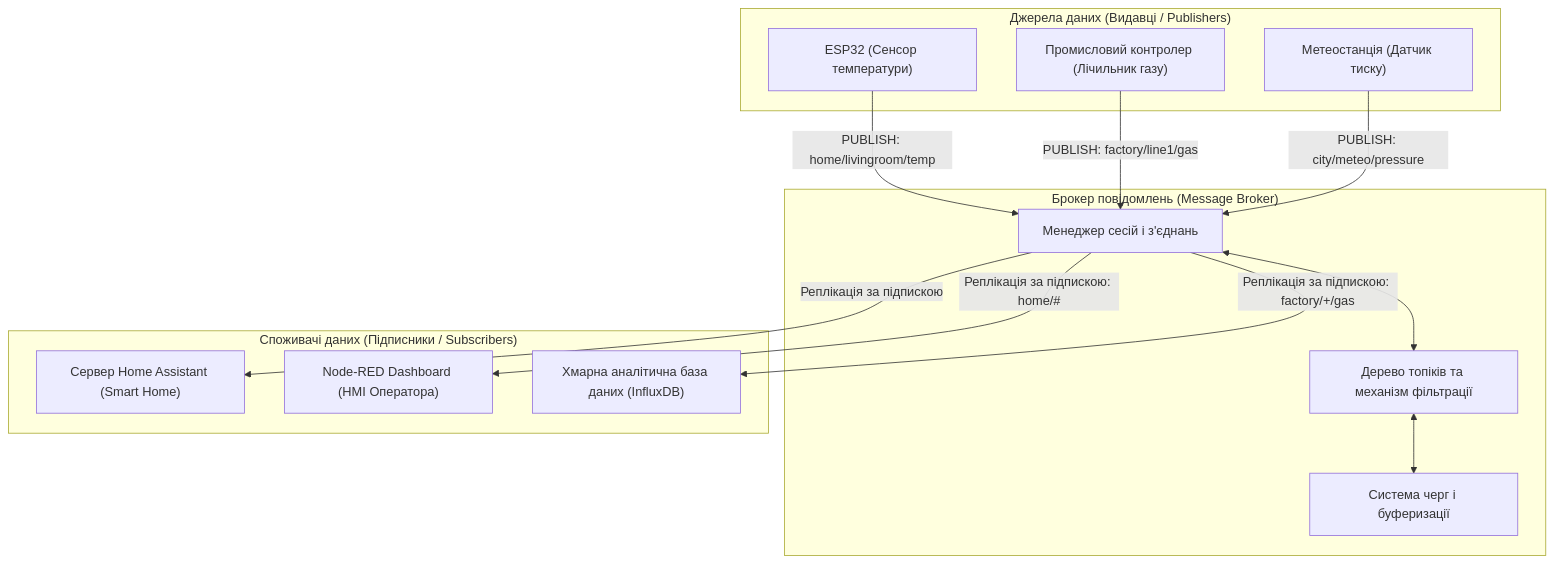
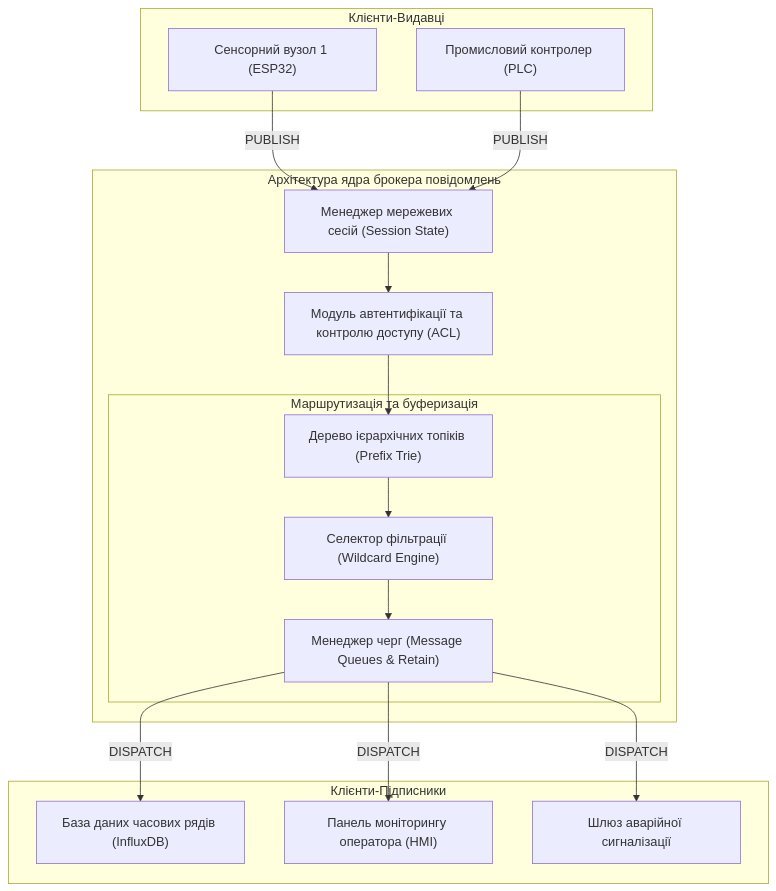
One commit to KyryloVadurin/iot-technologies changed the first of 4 diagrams in docs/lk/lk4.md. Above: the diagram before and after it, drawn with Mermaid. The commit also changed other lines of this file, not shown here.

````diff
--- a/docs/lk/lk4.md
+++ b/docs/lk/lk4.md
@@ -26,30 +59,35 @@
 ```mermaid
 flowchart TD
-    subgraph Publishers["Джерела даних (Видавці / Publishers)"]
-        P1["ESP32 (Сенсор температури)"]
-        P2["Промисловий контролер (Лічильник газу)"]
-        P3["Метеостанція (Датчик тиску)"]
+    subgraph ClientsPublishers["Клієнти-Видавці"]
+        P1["Сенсорний вузол 1 (ESP32)"]
+        P2["Промисловий контролер (PLC)"]
     end
 
-    subgraph BrokerSystem["Брокер повідомлень (Message Broker)"]
-        BM["Менеджер сесій і з'єднань"]
-        TF["Дерево топіків та механізм фільтрації"]
-        QEngine["Система черг і буферизації"]
-        BM <--> TF
-        TF <--> QEngine
+    subgraph MessageBroker["Архітектура ядра брокера повідомлень"]
+        CM["Менеджер мережевих сесій (Session State)"]
+        AuthMod["Модуль автентифікації та контролю доступу (ACL)"]
+        
+        subgraph Engine["Маршрутизація та буферизація"]
+            TT["Дерево ієрархічних топіків (Prefix Trie)"]
+            FiltEngine["Селектор фільтрації (Wildcard Engine)"]
+            QueueMgr["Менеджер черг (Message Queues & Retain)"]
+        end
+        
+        CM --> AuthMod
+        AuthMod --> TT
+        TT --> FiltEngine
+        FiltEngine --> QueueMgr
     end
 
-    subgraph Subscribers["Споживачі даних (Підписники / Subscribers)"]
-        S1["Сервер Home Assistant (Smart Home)"]
-        S2["Node-RED Dashboard (HMI Оператора)"]
-        S3["Хмарна аналітична база даних (InfluxDB)"]
+    subgraph ClientsSubscribers["Клієнти-Підписники"]
+        S1["База даних часових рядів (InfluxDB)"]
+        S2["Панель моніторингу оператора (HMI)"]
+        S3["Шлюз аварійної сигналізації"]
     end
 
-    P1 -->|PUBLISH: home/livingroom/temp| BM
-    P2 -->|PUBLISH: factory/line1/gas| BM
-    P3 -->|PUBLISH: city/meteo/pressure| BM
-
-    BM -->|Реплікація за підпискою| S1
-    BM -->|Реплікація за підпискою: home/#| S2
-    BM -->|Реплікація за підпискою: factory/+/gas| S3
+    P1 -->|PUBLISH| CM
+    P2 -->|PUBLISH| CM
+    QueueMgr -->|DISPATCH| S1
+    QueueMgr -->|DISPATCH| S2
+    QueueMgr -->|DISPATCH| S3
 ```
````
